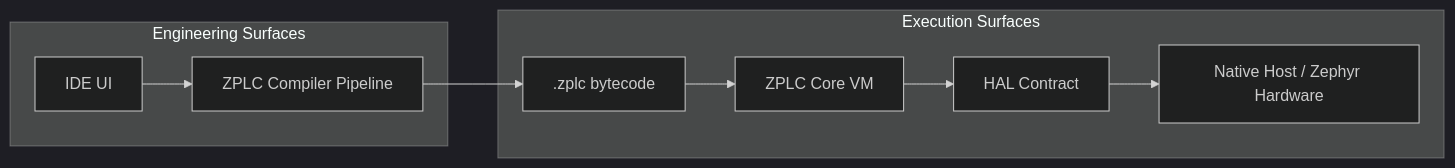
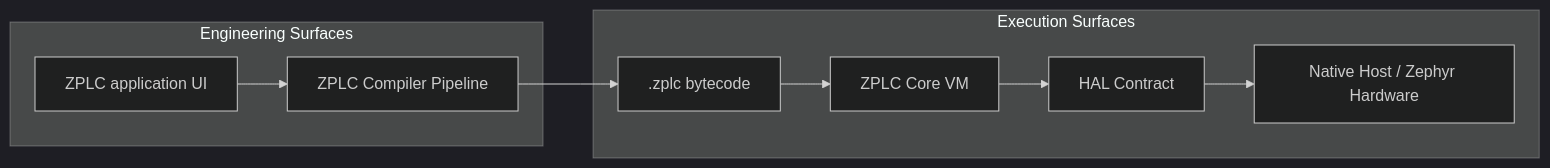
One commit to eduardojvieira/ZPLC changed the diagram in docs/docs/architecture/index.md. Above: the diagram before and after it, drawn with Mermaid (dark theme). The commit also changed other lines of this file and 33 other files, not shown here.

Commit message:
docs: name the ZPLC application where the pages said the IDE

````diff
--- a/docs/docs/architecture/index.md
+++ b/docs/docs/architecture/index.md
@@ -18,20 +18,20 @@
 ```mermaid
 flowchart LR
   subgraph Engineering[Engineering Surfaces]
-    IDE[IDE UI]
+    IDE[ZPLC application UI]
     COMPILER[ZPLC Compiler Pipeline]
   end
 
   subgraph Execution[Execution Surfaces]
     BYTECODE[.zplc bytecode]
     VM[ZPLC Core VM]
     HAL[HAL Contract]
     TARGETS[Native Host / Zephyr Hardware]
   end
 
   IDE --> COMPILER
   COMPILER --> BYTECODE
   BYTECODE --> VM
   VM --> HAL
   HAL --> TARGETS
 ```
````
